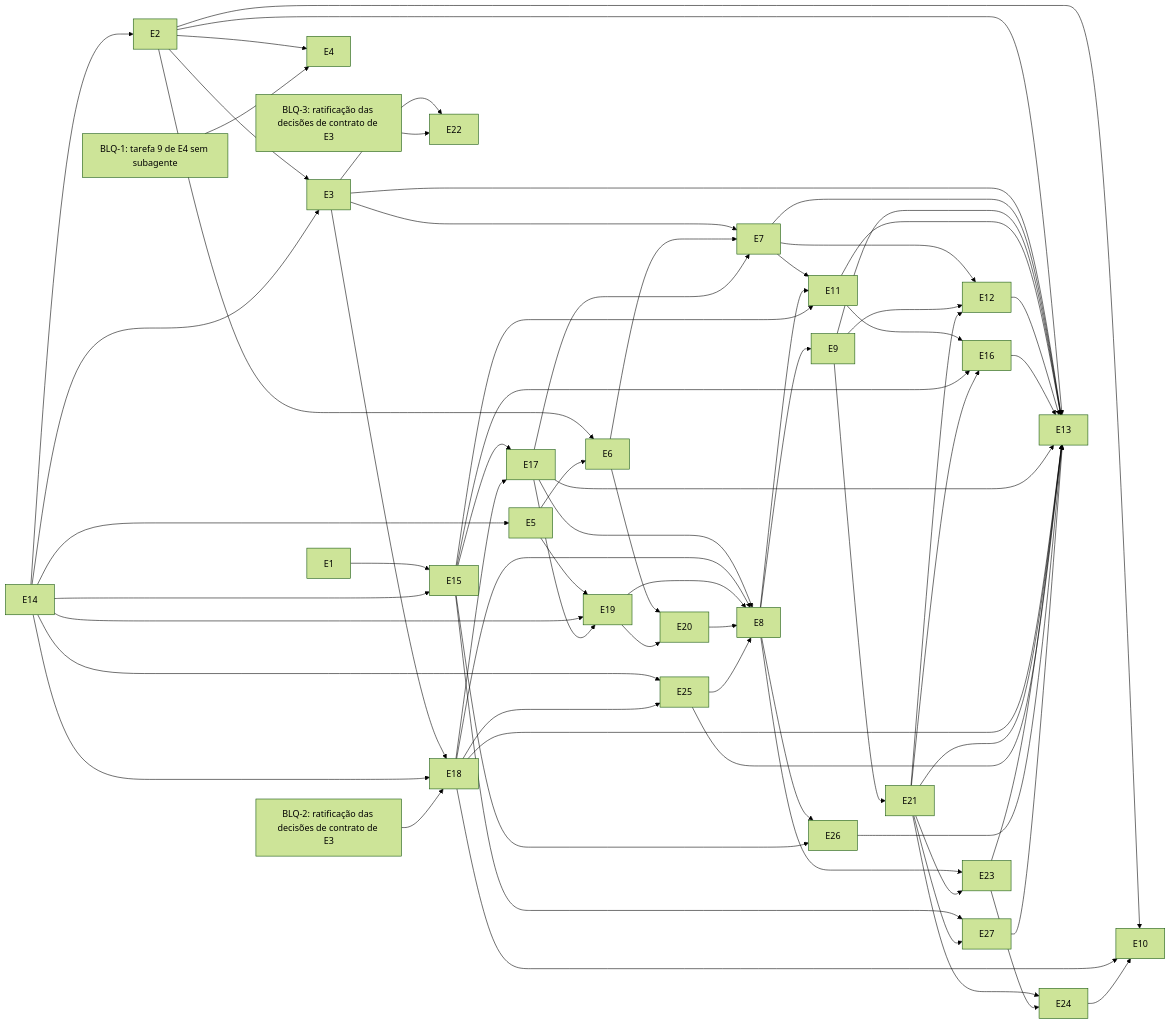
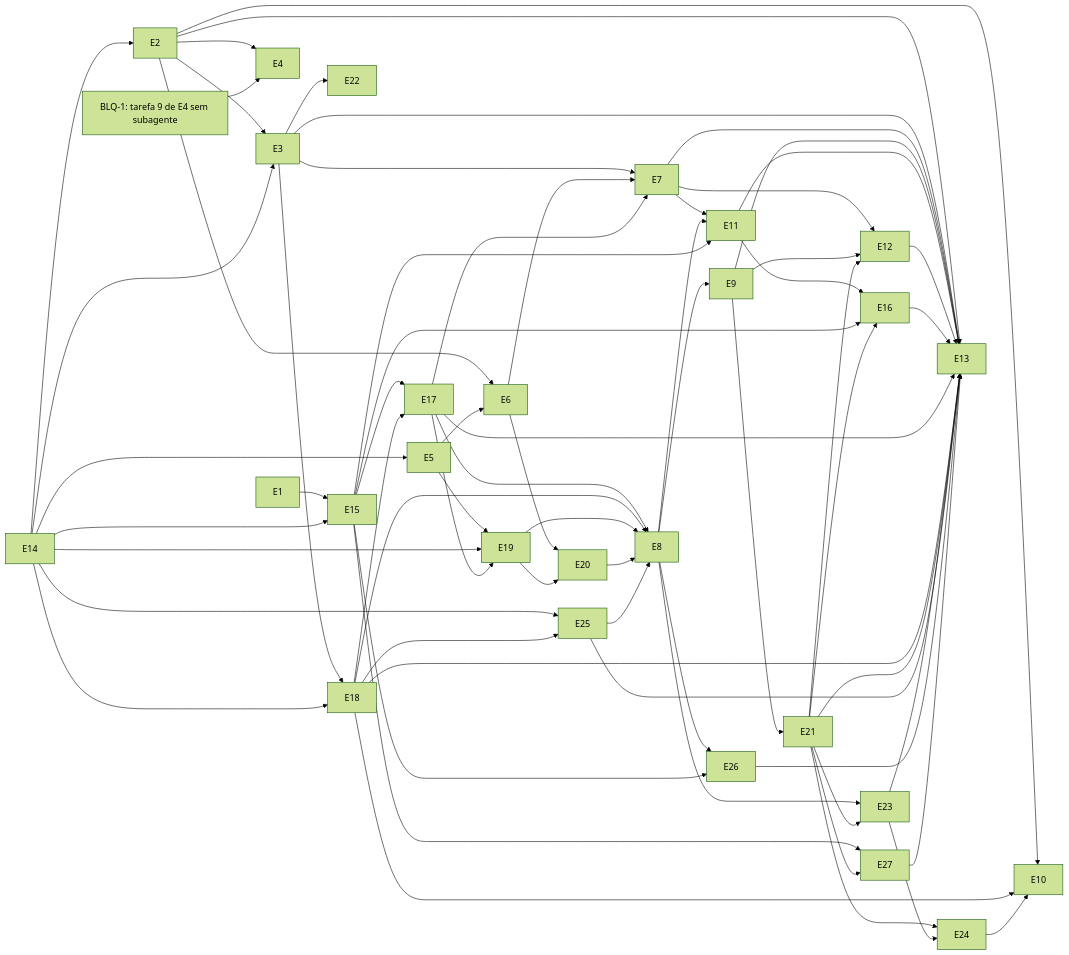
The diagram in docs/plans/roadmap-evolucao-skills/critical-path.md (odeciojunior/claude-play), drawn with Mermaid (forest theme) before and after one commit. The commit also changed other lines of this file and 3 other files, not shown here.

First line of the commit message:
docs(roadmap): ratificação de DEC-088 a DEC-192 com 16 emendas (DEC-193 a DEC-208)

````diff
--- a/docs/plans/roadmap-evolucao-skills/critical-path.md
+++ b/docs/plans/roadmap-evolucao-skills/critical-path.md
@@ -3,71 +3,69 @@
 ```mermaid
 graph LR
   E1 --> E15
   E14 --> E15
   E14 --> E2
   E2 --> E3
   E14 --> E3
   E3 --> E18
   E14 --> E18
   E14 --> E25
   E18 --> E25
   E3 --> E22
   E2 --> E4
   E15 --> E17
   E18 --> E17
   E14 --> E5
   E5 --> E19
   E14 --> E19
   E17 --> E19
   E2 --> E6
   E5 --> E6
   E6 --> E20
   E19 --> E20
   E3 --> E7
   E6 --> E7
   E17 --> E7
   E17 --> E8
   E18 --> E8
   E19 --> E8
   E20 --> E8
   E25 --> E8
   E7 --> E11
   E8 --> E11
   E15 --> E11
   E8 --> E26
   E15 --> E26
   E8 --> E9
   E9 --> E21
   E8 --> E23
   E21 --> E23
   E21 --> E24
   E23 --> E24
   E11 --> E16
   E15 --> E16
   E21 --> E16
   E15 --> E27
   E21 --> E27
   E2 --> E10
   E18 --> E10
   E24 --> E10
   E7 --> E12
   E9 --> E12
   E21 --> E12
   E2 --> E13
   E3 --> E13
   E7 --> E13
   E9 --> E13
   E11 --> E13
   E12 --> E13
   E16 --> E13
   E17 --> E13
   E18 --> E13
   E21 --> E13
   E23 --> E13
   E25 --> E13
   E26 --> E13
   E27 --> E13
   BLQ1["BLQ-1: tarefa 9 de E4 sem subagente"] --> E4
-  BLQ2["BLQ-2: ratificação das decisões de contrato de E3"] --> E18
-  BLQ3["BLQ-3: ratificação das decisões de contrato de E3"] --> E22
 ```
````
